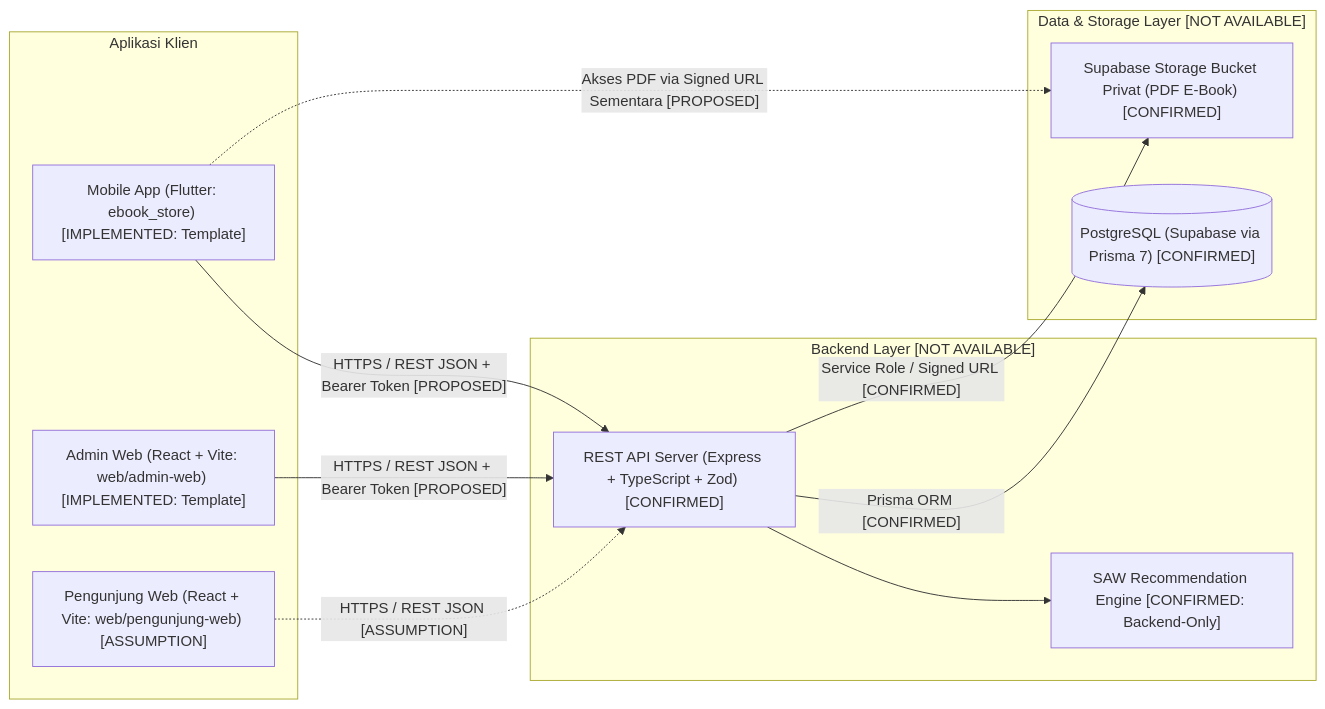
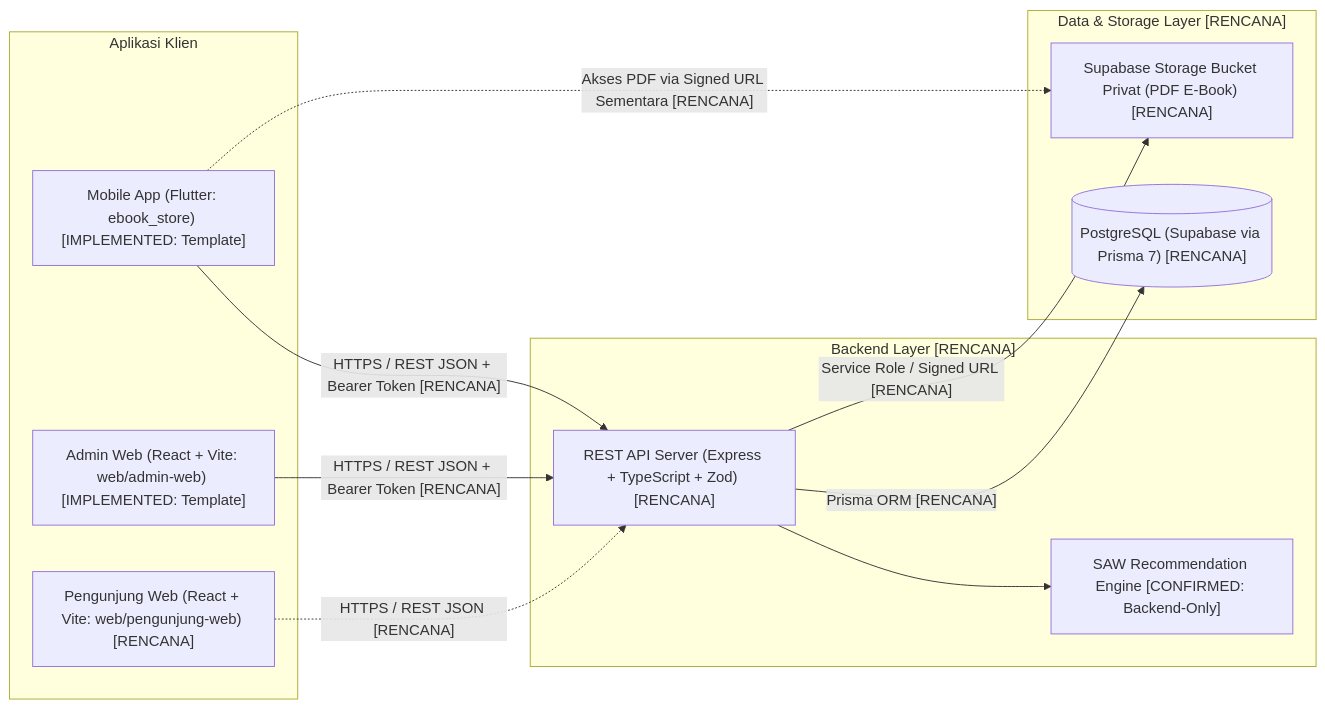
Before and after one commit to Faiq-DataSci/ebook-ecommerce: the first of 2 diagrams in docs/02-architecture/system-architecture.md, drawn with Mermaid. The commit also changed other lines of this file and 31 other files, not shown here.

````diff
--- a/docs/02-architecture/system-architecture.md
+++ b/docs/02-architecture/system-architecture.md
@@ -11,26 +11,26 @@
 ```mermaid
 flowchart LR
     subgraph Clients["Aplikasi Klien"]
         M["Mobile App (Flutter: ebook_store) [IMPLEMENTED: Template]"]
         AW["Admin Web (React + Vite: web/admin-web) [IMPLEMENTED: Template]"]
-        PW["Pengunjung Web (React + Vite: web/pengunjung-web) [ASSUMPTION]"]
+        PW["Pengunjung Web (React + Vite: web/pengunjung-web) [RENCANA]"]
     end
 
-    subgraph Backend["Backend Layer [NOT AVAILABLE]"]
-        API["REST API Server (Express + TypeScript + Zod) [CONFIRMED]"]
+    subgraph Backend["Backend Layer [RENCANA]"]
+        API["REST API Server (Express + TypeScript + Zod) [RENCANA]"]
         SAW["SAW Recommendation Engine [CONFIRMED: Backend-Only]"]
     end
 
-    subgraph Data["Data & Storage Layer [NOT AVAILABLE]"]
-        DB[("PostgreSQL (Supabase via Prisma 7) [CONFIRMED]")]
-        ST["Supabase Storage Bucket Privat (PDF E-Book) [CONFIRMED]"]
+    subgraph Data["Data & Storage Layer [RENCANA]"]
+        DB[("PostgreSQL (Supabase via Prisma 7) [RENCANA]")]
+        ST["Supabase Storage Bucket Privat (PDF E-Book) [RENCANA]"]
     end
 
-    M -->|"HTTPS / REST JSON + Bearer Token [PROPOSED]"| API
-    AW -->|"HTTPS / REST JSON + Bearer Token [PROPOSED]"| API
-    PW -.->|"HTTPS / REST JSON [ASSUMPTION]"| API
+    M -->|"HTTPS / REST JSON + Bearer Token [RENCANA]"| API
+    AW -->|"HTTPS / REST JSON + Bearer Token [RENCANA]"| API
+    PW -.->|"HTTPS / REST JSON [RENCANA]"| API
     API --> SAW
-    API -->|"Prisma ORM [CONFIRMED]"| DB
-    API -->|"Service Role / Signed URL [CONFIRMED]"| ST
-    M -.->|"Akses PDF via Signed URL Sementara [PROPOSED]"| ST
+    API -->|"Prisma ORM [RENCANA]"| DB
+    API -->|"Service Role / Signed URL [RENCANA]"| ST
+    M -.->|"Akses PDF via Signed URL Sementara [RENCANA]"| ST
 ```
````
